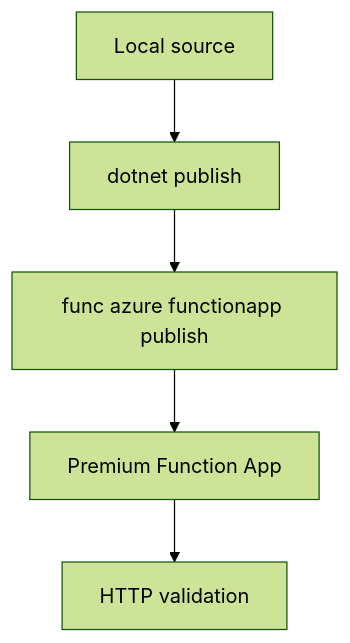
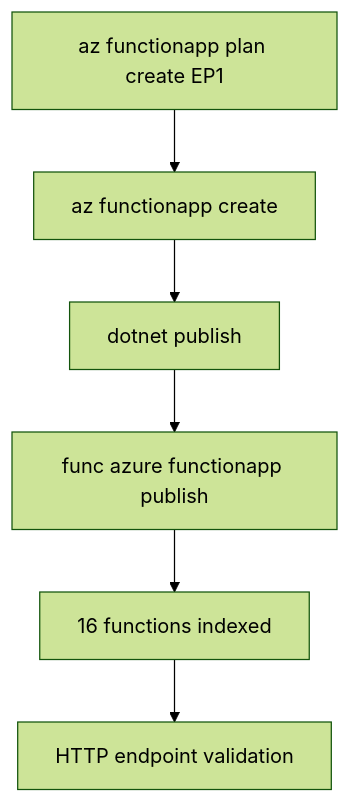
The diagram in docs/language-guides/dotnet/tutorial/premium/02-first-deploy.md (yeongseon/azure-functions-practical-guide), drawn with Mermaid (forest theme) before and after one commit. The commit also changed other lines of this file and 7 other files, not shown here.

````diff
--- a/docs/language-guides/dotnet/tutorial/premium/02-first-deploy.md
+++ b/docs/language-guides/dotnet/tutorial/premium/02-first-deploy.md
@@ -77,7 +34,8 @@
 ```mermaid
 flowchart TD
-    A[Local source] --> B[dotnet publish]
-    B --> C[func azure functionapp publish]
-    C --> D[Premium Function App]
-    D --> E[HTTP validation]
+    A[az functionapp plan create EP1] --> B[az functionapp create]
+    B --> C[dotnet publish]
+    C --> D[func azure functionapp publish]
+    D --> E[16 functions indexed]
+    E --> F[HTTP endpoint validation]
 ```
````
